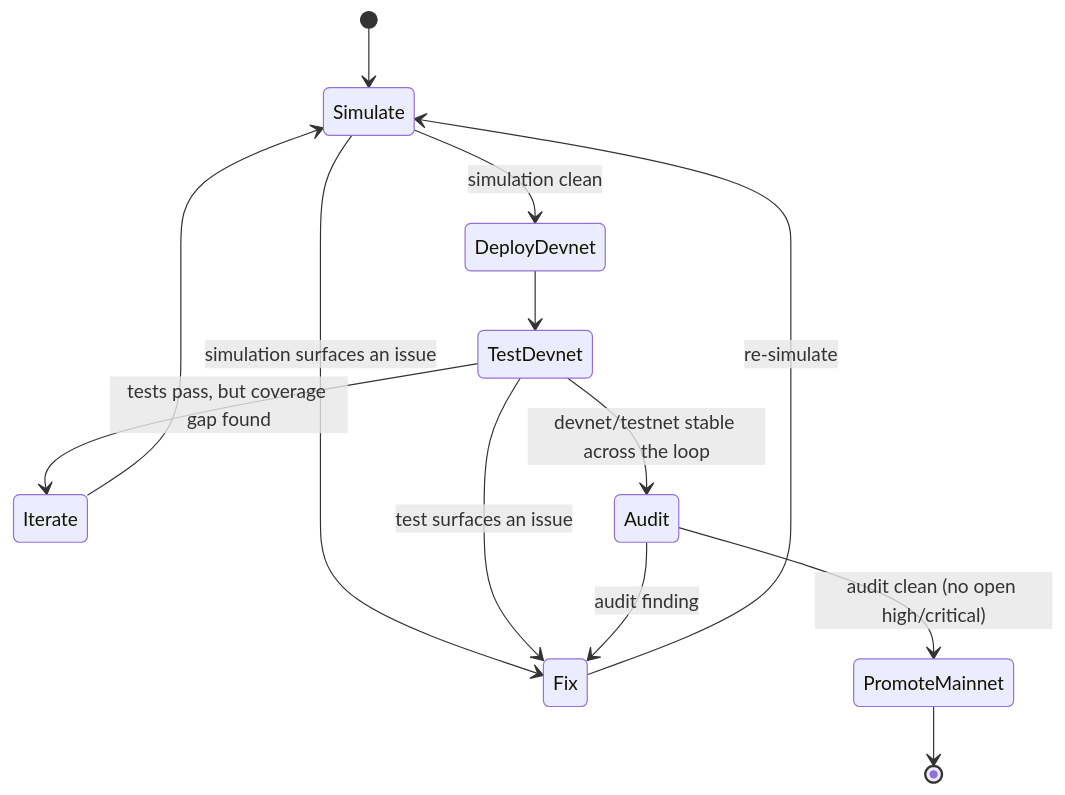
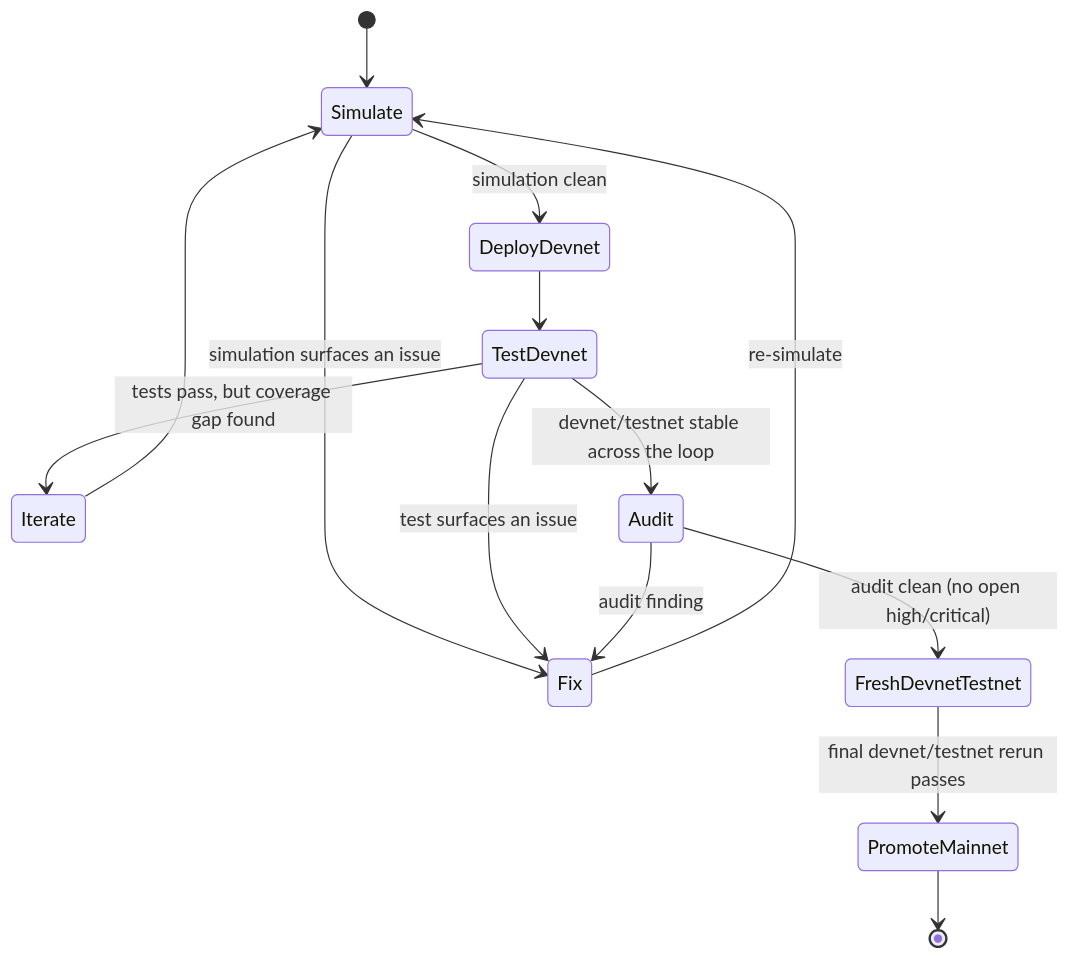
Before and after one commit to Render-Network-OS/docs: the seventh of 7 diagrams in docs/superpowers/specs/2026-05-14-sw4p-frontier-engine-design.md, drawn with Mermaid. The commit also changed other lines of this file and 3 other files, not shown here.

Commit message:
docs(superpowers): gate frontier mainnet on fresh testnet rerun

````diff
--- a/docs/superpowers/specs/2026-05-14-sw4p-frontier-engine-design.md
+++ b/docs/superpowers/specs/2026-05-14-sw4p-frontier-engine-design.md
@@ -813,15 +813,16 @@
 ```mermaid
 stateDiagram-v2
     [*] --> Simulate
     Simulate --> Fix: simulation surfaces an issue
     Fix --> Simulate: re-simulate
     Simulate --> DeployDevnet: simulation clean
     DeployDevnet --> TestDevnet
     TestDevnet --> Fix: test surfaces an issue
     TestDevnet --> Iterate: tests pass, but coverage gap found
     Iterate --> Simulate
     TestDevnet --> Audit: devnet/testnet stable across the loop
     Audit --> Fix: audit finding
-    Audit --> PromoteMainnet: audit clean (no open high/critical)
+    Audit --> FreshDevnetTestnet: audit clean (no open high/critical)
+    FreshDevnetTestnet --> PromoteMainnet: final devnet/testnet rerun passes
     PromoteMainnet --> [*]
 ```
````
